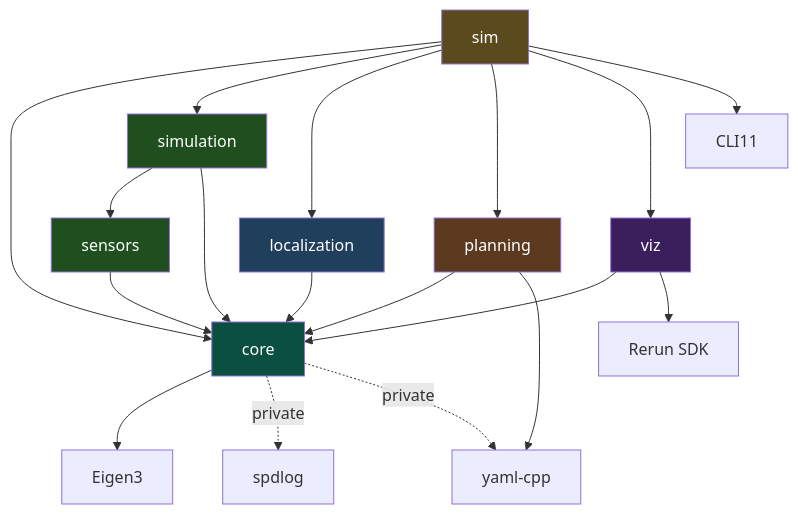
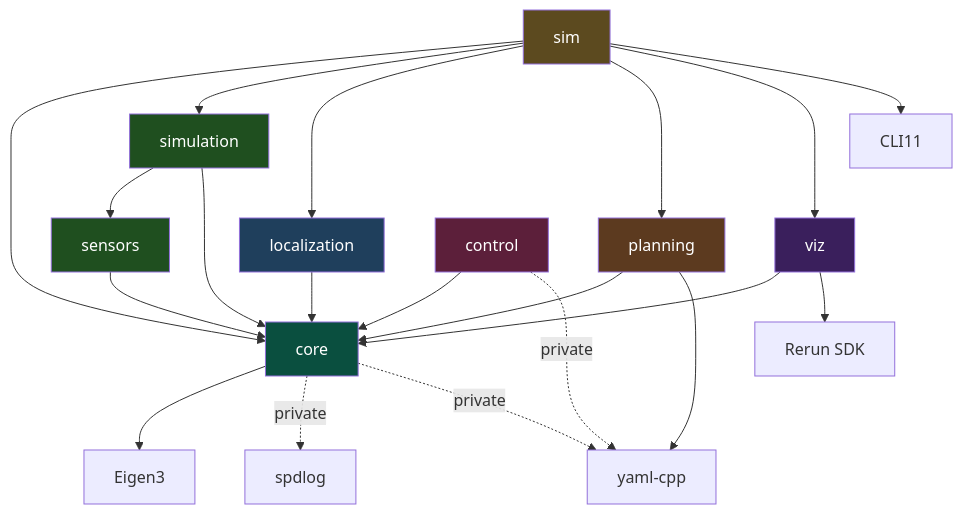
One commit to xinlei-robotics/MiniNav changed the diagram in README.md. Above: the diagram before and after it, drawn with Mermaid. The commit also changed other lines of this file and 20 other files, not shown here.

````diff
--- a/README.md
+++ b/README.md
@@ -240,29 +240,32 @@
 ```mermaid
 graph TD
     sim[sim] --> core[core]
     sim --> simulation[simulation]
     sim --> localization[localization]
     sim --> planning[planning]
     sim --> viz[viz]
     sim --> cli11[CLI11]
 
     simulation --> sensors[sensors]
     simulation --> core
     sensors --> core
     localization --> core
     planning --> core
     planning --> yamlcpp[yaml-cpp]
+    control[control] --> core
+    control -.->|private| yamlcpp
     viz --> core
     viz --> rerun[Rerun SDK]
     core --> eigen[Eigen3]
     core -.->|private| spdlog[spdlog]
     core -.->|private| yamlcpp
 
     style core fill:#0a4f3f,color:#fff
     style simulation fill:#1f4f1f,color:#fff
     style sensors fill:#1f4f1f,color:#fff
     style localization fill:#1f3f5c,color:#fff
     style planning fill:#5c3a1f,color:#fff
+    style control fill:#5c1f3a,color:#fff
     style viz fill:#3a1f5c,color:#fff
     style sim fill:#5c4a1f,color:#fff
 ```
````
